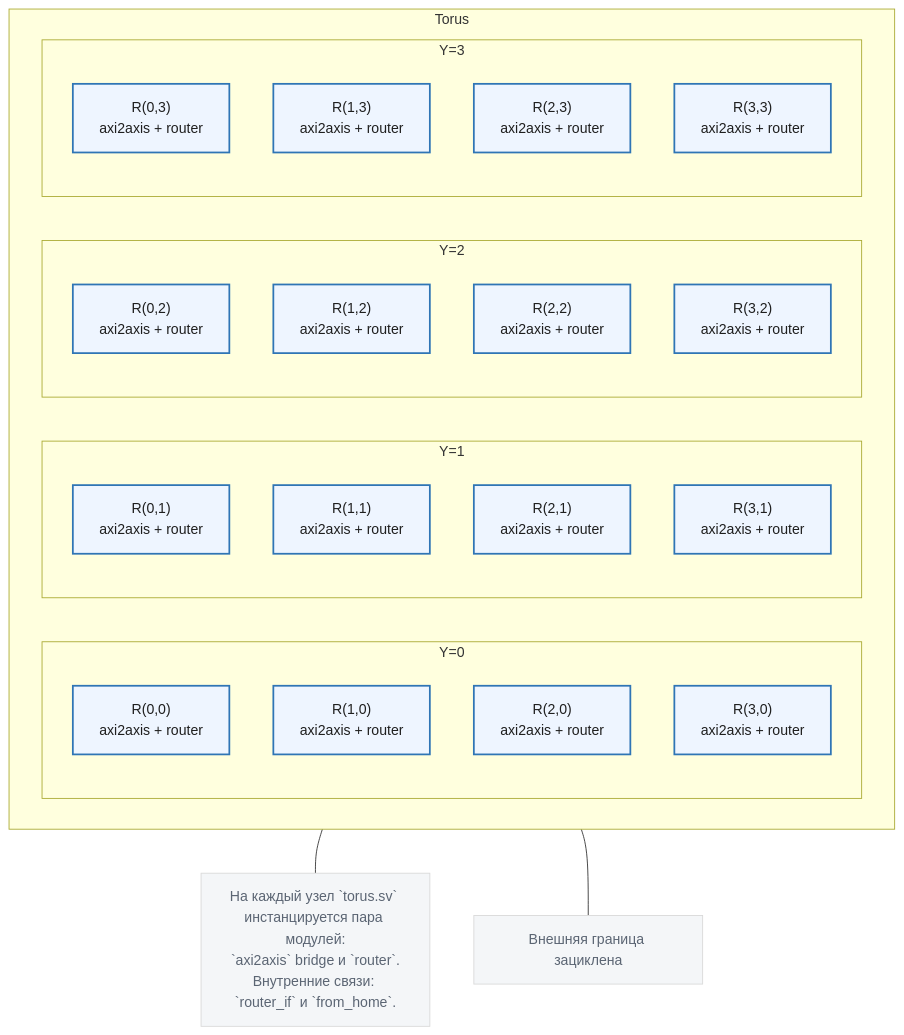
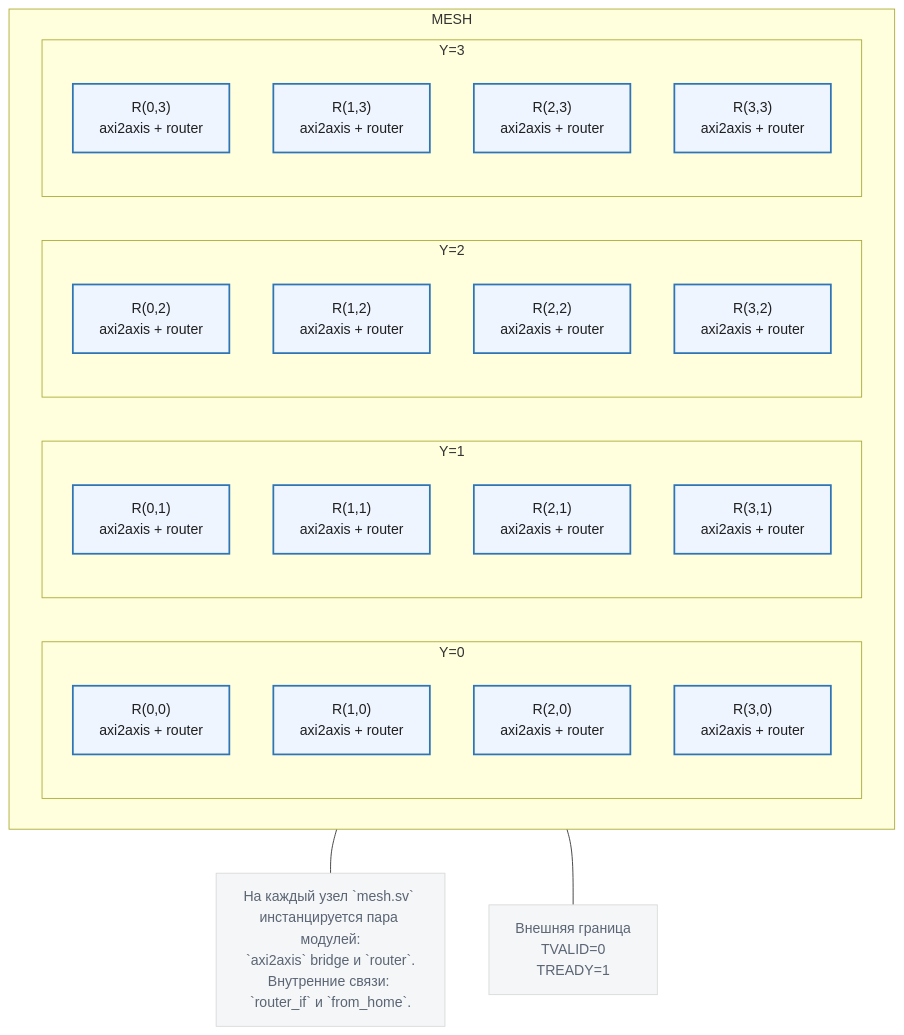
One commit to apoj-inc/AXI-NoC-with-built-in-PMUs changed the diagram in doc/diagrams/mermaid/Torus.md. Above: the diagram before and after it, drawn with Mermaid. The commit also changed 2 other files, not shown here.

Commit message:
feat: router general scheme

````diff
--- a/doc/diagrams/mermaid/Torus.md
+++ b/doc/diagrams/mermaid/Torus.md
@@ -1,51 +1,51 @@
 ```mermaid
 flowchart TB
     classDef node fill:#eef5ff,stroke:#2f75b5,color:#1f1f1f,stroke-width:2px;
     classDef hi fill:#fce4d6,stroke:#c55a11,color:#1f1f1f,stroke-width:2px;
     classDef note fill:#f4f6f8,stroke:#d9d9d9,color:#5b6573,stroke-width:1px;
 
-    OUT["Внешняя граница зациклена"]
+    OUT["Внешняя граница<br/>TVALID=0<br/>TREADY=1"]
 
     subgraph ROW0["Y=0"]
       R00["R(0,0)<br/>axi2axis + router"]
       R10["R(1,0)<br/>axi2axis + router"]
       R20["R(2,0)<br/>axi2axis + router"]
       R30["R(3,0)<br/>axi2axis + router"]
     end
 
     subgraph ROW1["Y=1"]
       R01["R(0,1)<br/>axi2axis + router"]
       R11["R(1,1)<br/>axi2axis + router"]
       R21["R(2,1)<br/>axi2axis + router"]
       R31["R(3,1)<br/>axi2axis + router"]
     end
 
     subgraph ROW2["Y=2"]
       R02["R(0,2)<br/>axi2axis + router"]
       R12["R(1,2)<br/>axi2axis + router"]
       R22["R(2,2)<br/>axi2axis + router"]
       R32["R(3,2)<br/>axi2axis + router"]
     end
 
     subgraph ROW3["Y=3"]
       R03["R(0,3)<br/>axi2axis + router"]
       R13["R(1,3)<br/>axi2axis + router"]
       R23["R(2,3)<br/>axi2axis + router"]
       R33["R(3,3)<br/>axi2axis + router"]
     end
 
-    subgraph TORUS["Torus"]
+    subgraph MESH["MESH"]
       ROW0
       ROW1
       ROW2
       ROW3
     end
 
-    TORUS --- NOTE
-    TORUS --- OUT
+    MESH --- NOTE
+    MESH --- OUT
 
-    NOTE["На каждый узел `torus.sv` инстанцируется пара модулей:<br/>`axi2axis` bridge и `router`.<br/>Внутренние связи: `router_if` и `from_home`."]
+    NOTE["На каждый узел `mesh.sv` инстанцируется пара модулей:<br/>`axi2axis` bridge и `router`.<br/>Внутренние связи: `router_if` и `from_home`."]
 
     class R00,R10,R20,R30,R01,R11,R21,R31,R02,R12,R22,R32,R03,R13,R23,R33 node
     class OUT,NOTE note
 ```
````
